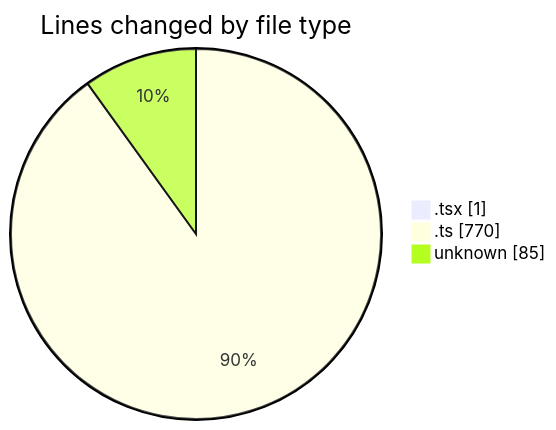
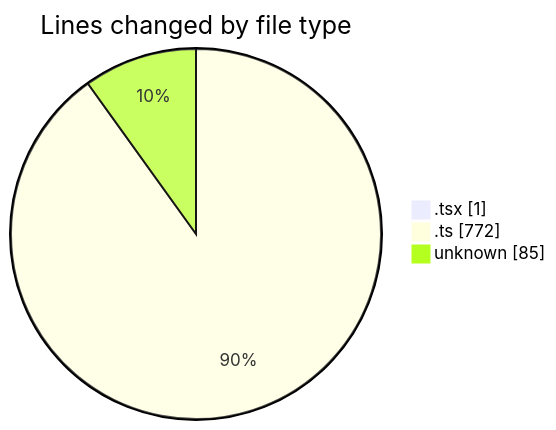
One commit to momahboobian/code-tracking changed the first of 2 diagrams in 2026-03-10/cda/README.md. Above: the diagram before and after it, drawn with Mermaid. The commit also changed other lines of this file and 1 other file, not shown here.

````diff
--- a/2026-03-10/cda/README.md
+++ b/2026-03-10/cda/README.md
@@ -23,7 +23,7 @@
 ```mermaid
 pie showData
 title Lines changed by file type
 ".tsx" : 1
-".ts" : 770
+".ts" : 772
 "unknown" : 85
 ```
````
